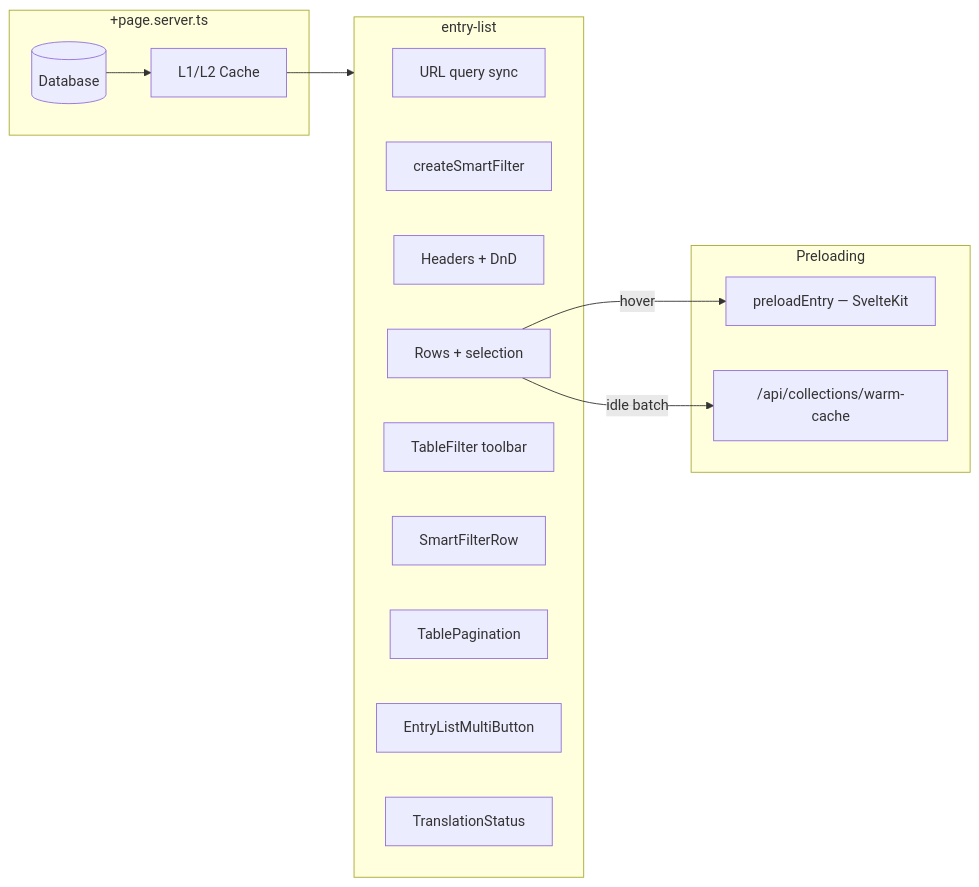
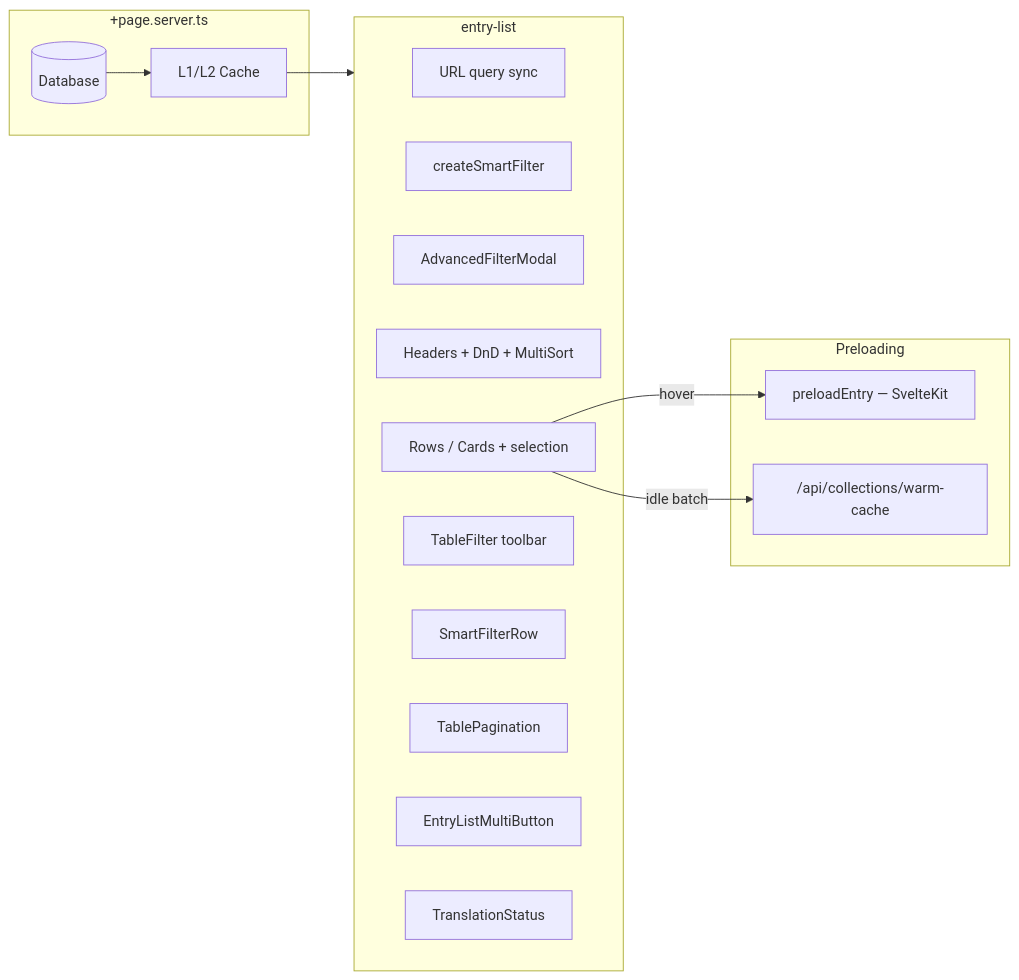
One commit to SveltyCMS/SveltyCMS changed the first of 2 diagrams in docs/reference/components/entry-list.mdx. Above: the diagram before and after it, drawn with Mermaid. The commit also changed other lines of this file and 238 other files, not shown here.

````diff
--- a/docs/reference/components/entry-list.mdx
+++ b/docs/reference/components/entry-list.mdx
@@ -31,28 +31,29 @@
 ```mermaid
 flowchart LR
     subgraph Server["+page.server.ts"]
         DB[(Database)]
         Cache[L1/L2 Cache]
     end
 
     subgraph EL["entry-list"]
         URL[URL query sync]
         SF[createSmartFilter]
-        TH[Headers + DnD]
-        TR[Rows + selection]
+        AFM[AdvancedFilterModal]
+        TH[Headers + DnD + MultiSort]
+        TR[Rows / Cards + selection]
         TF[TableFilter toolbar]
         SFR[SmartFilterRow]
         PG[TablePagination]
         MB[EntryListMultiButton]
         TS[TranslationStatus]
     end
 
     subgraph Preload["Preloading"]
         PE[preloadEntry — SvelteKit]
         WC["/api/collections/warm-cache"]
     end
 
     DB --> Cache --> EL
     TR -->|hover| PE
     TR -->|idle batch| WC
 ```
````
